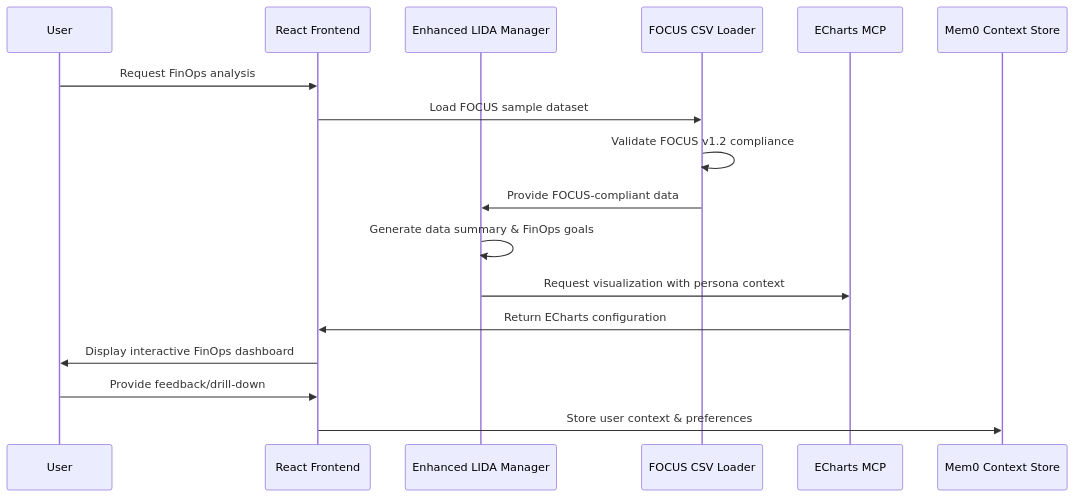
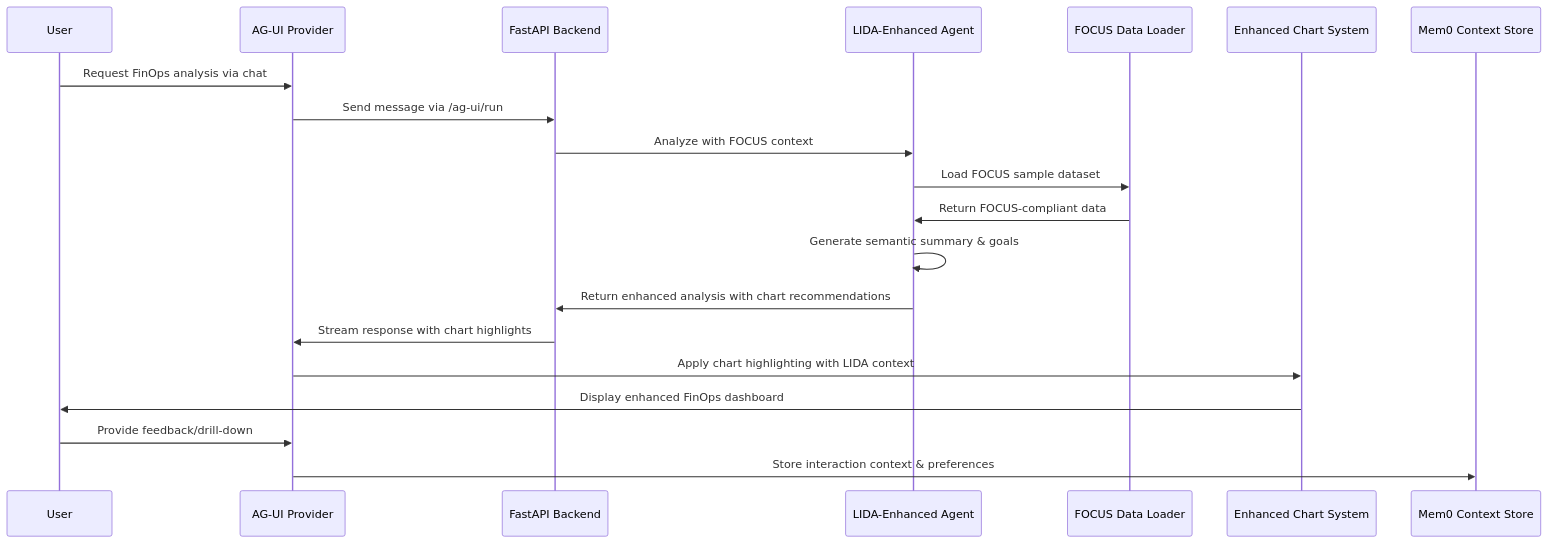
One commit to chris-han/CopilotKit changed the second of 3 diagrams in examples/copilot-chat-with-your-data/frontend/design-specs/LIDA-ECharts-Implementation-Plan.md. Above: the diagram before and after it, drawn with Mermaid. The commit also changed other lines of this file and 3 other files, not shown here.

````diff
--- a/examples/copilot-chat-with-your-data/frontend/design-specs/LIDA-ECharts-Implementation-Plan.md
+++ b/examples/copilot-chat-with-your-data/frontend/design-specs/LIDA-ECharts-Implementation-Plan.md
@@ -581,20 +593,23 @@
 ```mermaid
 sequenceDiagram
     participant User as User
-    participant Frontend as React Frontend
-    participant LIDA as Enhanced LIDA Manager
-    participant CSVLoader as FOCUS CSV Loader
-    participant ECharts as ECharts MCP
+    participant AgUI as AG-UI Provider
+    participant Backend as FastAPI Backend
+    participant LIDA as LIDA-Enhanced Agent
+    participant FocusData as FOCUS Data Loader
+    participant Charts as Enhanced Chart System
     participant Mem0 as Mem0 Context Store
 
-    User->>Frontend: Request FinOps analysis
-    Frontend->>CSVLoader: Load FOCUS sample dataset
-    CSVLoader->>CSVLoader: Validate FOCUS v1.2 compliance
-    CSVLoader->>LIDA: Provide FOCUS-compliant data
-    LIDA->>LIDA: Generate data summary & FinOps goals
-    LIDA->>ECharts: Request visualization with persona context
-    ECharts->>Frontend: Return ECharts configuration
-    Frontend->>User: Display interactive FinOps dashboard
-    User->>Frontend: Provide feedback/drill-down
-    Frontend->>Mem0: Store user context & preferences
+    User->>AgUI: Request FinOps analysis via chat
+    AgUI->>Backend: Send message via /ag-ui/run
+    Backend->>LIDA: Analyze with FOCUS context
+    LIDA->>FocusData: Load FOCUS sample dataset
+    FocusData->>LIDA: Return FOCUS-compliant data
+    LIDA->>LIDA: Generate semantic summary & goals
+    LIDA->>Backend: Return enhanced analysis with chart recommendations
+    Backend->>AgUI: Stream response with chart highlights
+    AgUI->>Charts: Apply chart highlighting with LIDA context
+    Charts->>User: Display enhanced FinOps dashboard
+    User->>AgUI: Provide feedback/drill-down
+    AgUI->>Mem0: Store interaction context & preferences
 ```
````
